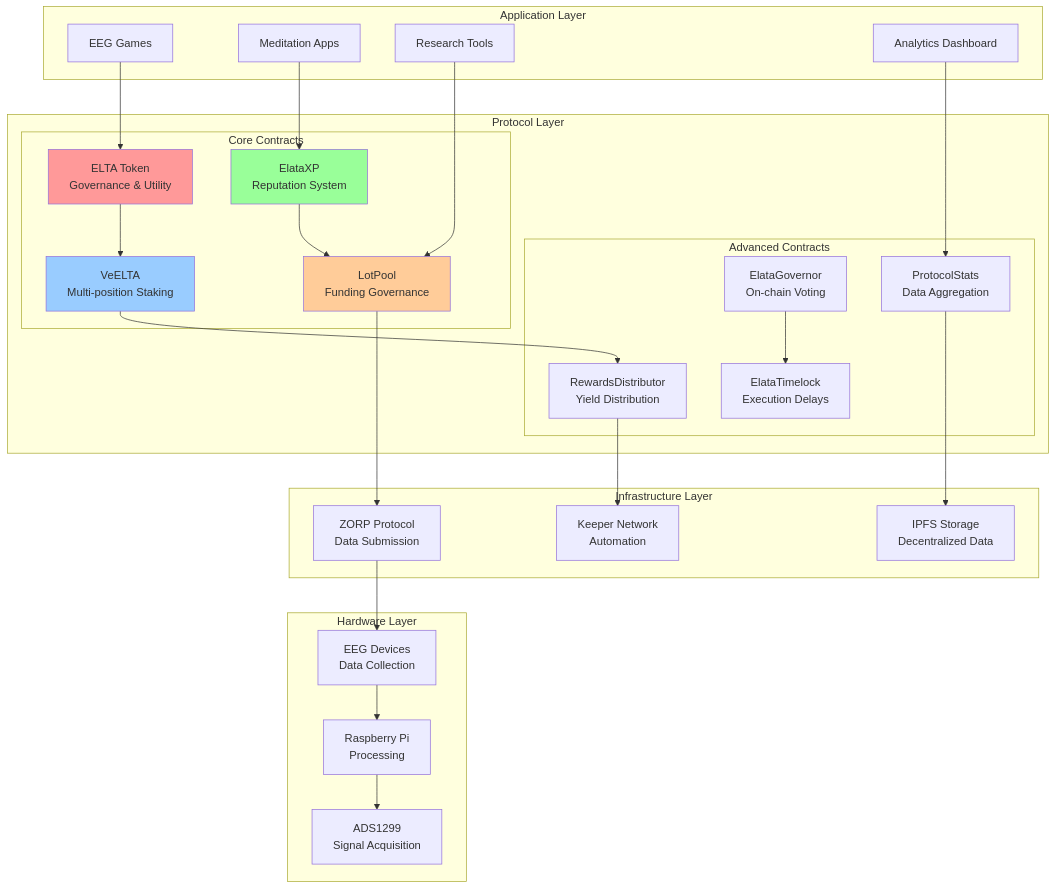
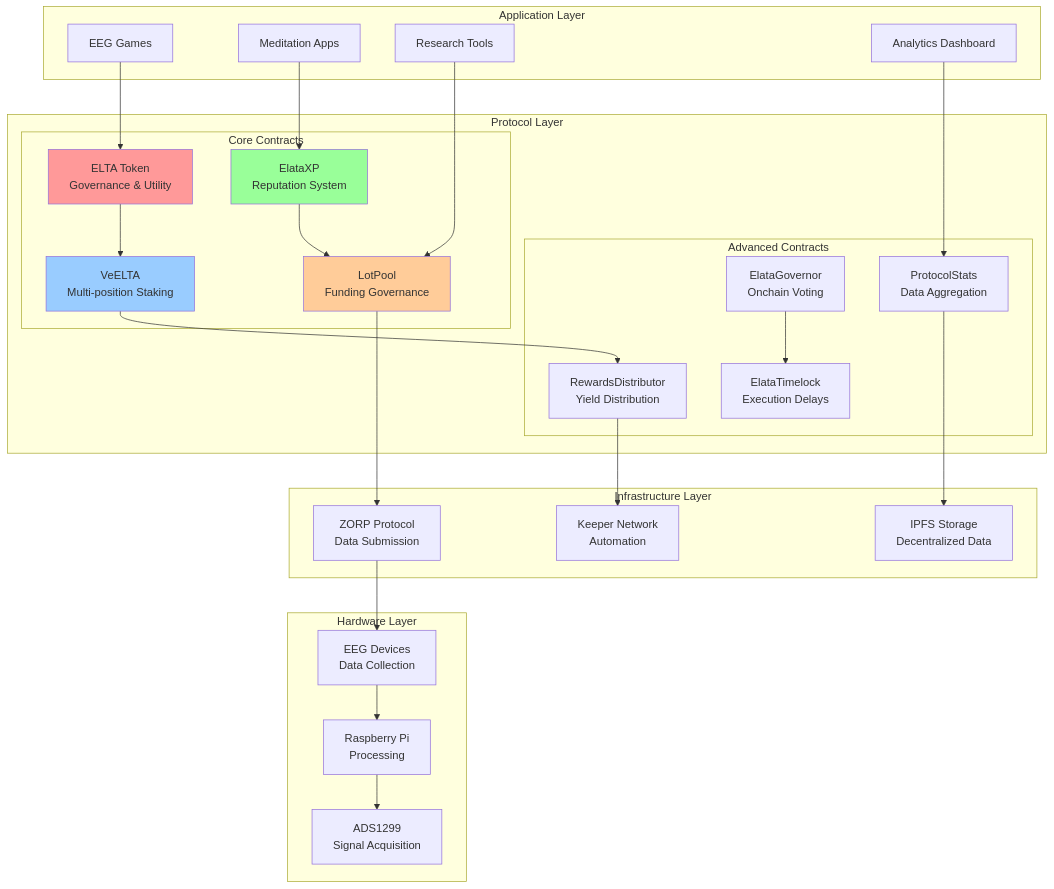
The first of 22 diagrams in docs/ARCHITECTURE.md (Elata-Biosciences/elata-protocol), drawn with Mermaid before and after one commit. The commit also changed 51 other files, not shown here.

````diff
--- a/docs/ARCHITECTURE.md
+++ b/docs/ARCHITECTURE.md
@@ -5,60 +5,60 @@
 ```mermaid
 graph TB
     subgraph "Application Layer"
         APP1[EEG Games]
         APP2[Meditation Apps]
         APP3[Research Tools]
         APP4[Analytics Dashboard]
     end
     
     subgraph "Protocol Layer"
         subgraph "Core Contracts"
             ELTA[ELTA Token<br/>Governance & Utility]
             VE[VeELTA<br/>Multi-position Staking]
             XP[ElataXP<br/>Reputation System]
             LP[LotPool<br/>Funding Governance]
         end
         
         subgraph "Advanced Contracts"
             RD[RewardsDistributor<br/>Yield Distribution]
-            GOV[ElataGovernor<br/>On-chain Voting]
+            GOV[ElataGovernor<br/>Onchain Voting]
             TL[ElataTimelock<br/>Execution Delays]
             STATS[ProtocolStats<br/>Data Aggregation]
         end
     end
     
     subgraph "Infrastructure Layer"
         ZORP[ZORP Protocol<br/>Data Submission]
         IPFS[IPFS Storage<br/>Decentralized Data]
         KEEPERS[Keeper Network<br/>Automation]
     end
     
     subgraph "Hardware Layer"
         EEG[EEG Devices<br/>Data Collection]
         PI[Raspberry Pi<br/>Processing]
         ADS[ADS1299<br/>Signal Acquisition]
     end
     
     APP1 --> ELTA
     APP2 --> XP
     APP3 --> LP
     APP4 --> STATS
     
     ELTA --> VE
     VE --> RD
     XP --> LP
     GOV --> TL
     
     LP --> ZORP
     RD --> KEEPERS
     STATS --> IPFS
     
     ZORP --> EEG
     EEG --> PI
     PI --> ADS
     
     style ELTA fill:#ff9999
     style VE fill:#99ccff
     style XP fill:#99ff99
     style LP fill:#ffcc99
 ```
````
